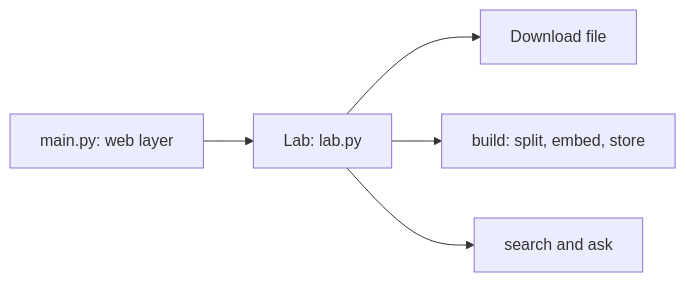
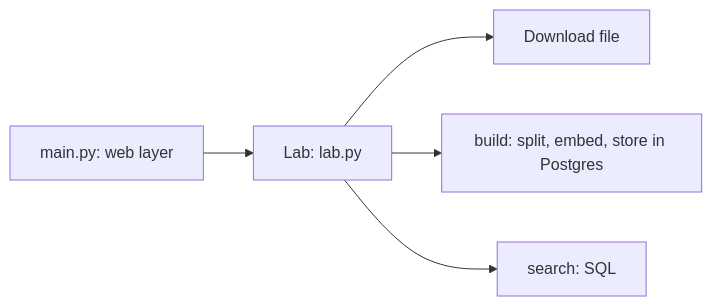
The third of 8 diagrams in course2/module1/tutorials/03-build-the-rag-lab-web-app.md (Thommans-Playground/coursera-IBM-RAG-Agentic-AI-Professional-Certificate), drawn with Mermaid before and after one commit. The commit also changed other lines of this file and 18 other files, not shown here.

````diff
--- a/course2/module1/tutorials/03-build-the-rag-lab-web-app.md
+++ b/course2/module1/tutorials/03-build-the-rag-lab-web-app.md
@@ -50,7 +104,7 @@
 ```mermaid
 flowchart LR
     W["main.py: web layer"] --> L["Lab: lab.py"]
     L --> D["Download file"]
-    L --> I["build: split, embed, store"]
-    L --> Q["search and ask"]
+    L --> I["build: split, embed, store in Postgres"]
+    L --> Q["search: SQL"]
 ```
````
